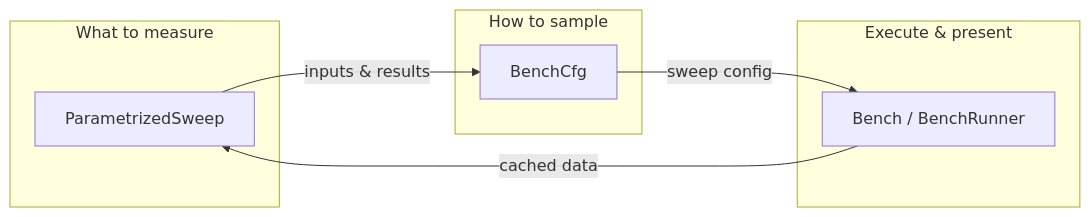
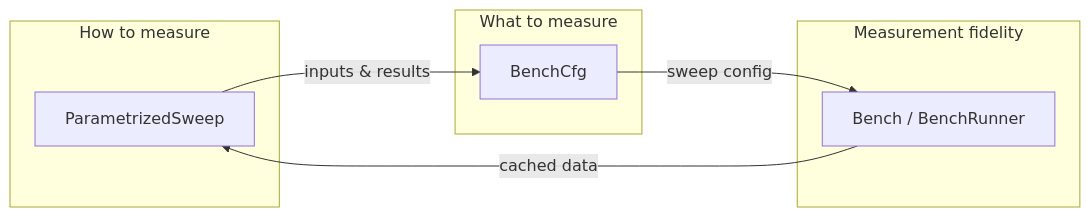
The diagram in docs/concepts.md (blooop/bencher), drawn with Mermaid before and after one commit. The commit also changed other lines of this file, not shown here.

First line of the commit message:
docs: fix architecture labels — How/What/Fidelity

````diff
--- a/docs/concepts.md
+++ b/docs/concepts.md
@@ -49,16 +49,16 @@
 ```{mermaid}
 flowchart LR
-    subgraph What ["What to measure"]
+    subgraph How ["How to measure"]
         A[ParametrizedSweep]
     end
-    subgraph How ["How to sample"]
+    subgraph What ["What to measure"]
         B[BenchCfg]
     end
-    subgraph Run ["Execute & present"]
+    subgraph Fidelity ["Measurement fidelity"]
         C[Bench / BenchRunner]
     end
 
     A -- "inputs & results" --> B
     B -- "sweep config" --> C
     C -- "cached data" --> A
 ```
````
